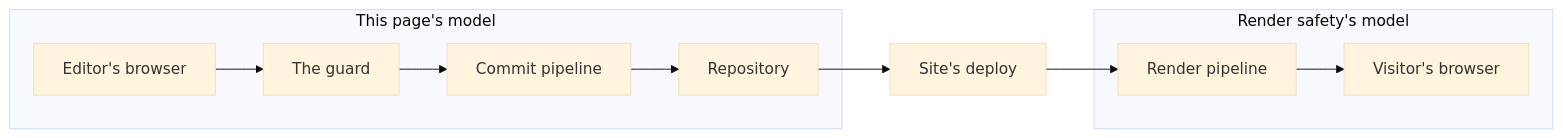
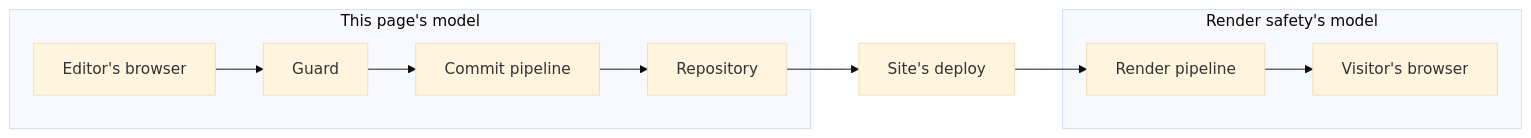
Before and after one commit to glw907/cairn-cms: the diagram in docs/extend/security-model.md, drawn with Mermaid (base theme). The commit also changed other lines of this file and 11 other files, not shown here.

````diff
--- a/docs/extend/security-model.md
+++ b/docs/extend/security-model.md
@@ -17,19 +17,19 @@
 ```mermaid
 flowchart LR
-    accTitle: Diagram of the security model's two trust boundaries
+    accTitle: Diagram of where this page's security model ends and render safety's begins
     accDescr: An editor's browser passes through the guard to the commit pipeline and repository; a deploy step then hands off to the render pipeline for a visitor's browser. This page's threat model covers the left half, render safety's model the right half.
     EditorBrowser["Editor's browser"]
     Deploy["Site's deploy"]
     VisitorBrowser["Visitor's browser"]
     subgraph pageModel["This page's model"]
-        EditorBrowser --> Guard["The guard"]
+        EditorBrowser --> Guard["Guard"]
         Guard --> CommitPipeline["Commit pipeline"]
         CommitPipeline --> Repo["Repository"]
     end
     subgraph renderModel["Render safety's model"]
         RenderPipeline["Render pipeline"]
         RenderPipeline --> VisitorBrowser
     end
     Repo --> Deploy
     Deploy --> RenderPipeline
 ```
````
